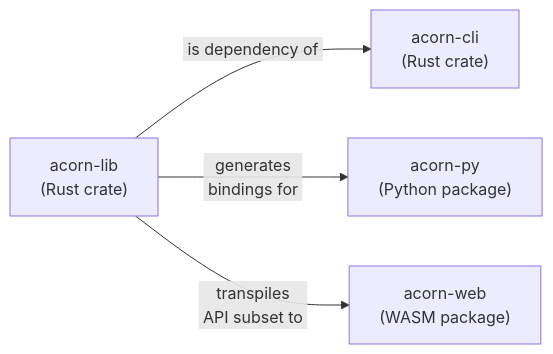
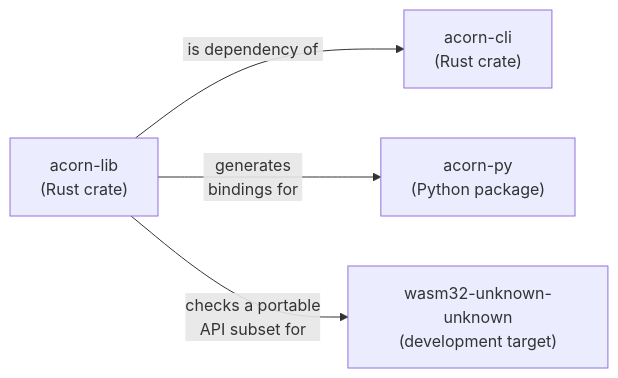
The diagram in docs/src/packages/README.md (jhwohlgemuth/acorn), drawn with Mermaid before and after one commit. The commit also changed 32 other files, not shown here.

Commit message:
feat: Eestablish WASM-safe portable boundaries and document the build workflow

````diff
--- a/docs/src/packages/README.md
+++ b/docs/src/packages/README.md
@@ -5,6 +5,6 @@
 ```mermaid
 graph LR
     A["acorn-lib</br>(Rust crate)"] -->|"&nbsp;is dependency of&nbsp;"|B["acorn-cli</br>(Rust crate)"]
     A -->|"generates</br>&nbsp;bindings for&nbsp;"|C["acorn-py</br>(Python package)"]
-    A -->|"transpiles</br>&nbsp;API subset to&nbsp;"|D["acorn-web</br>(WASM package)"]
+    A -->|"checks a portable</br>&nbsp;API subset for&nbsp;"|D["wasm32-unknown-unknown</br>(development target)"]
 ```
````
